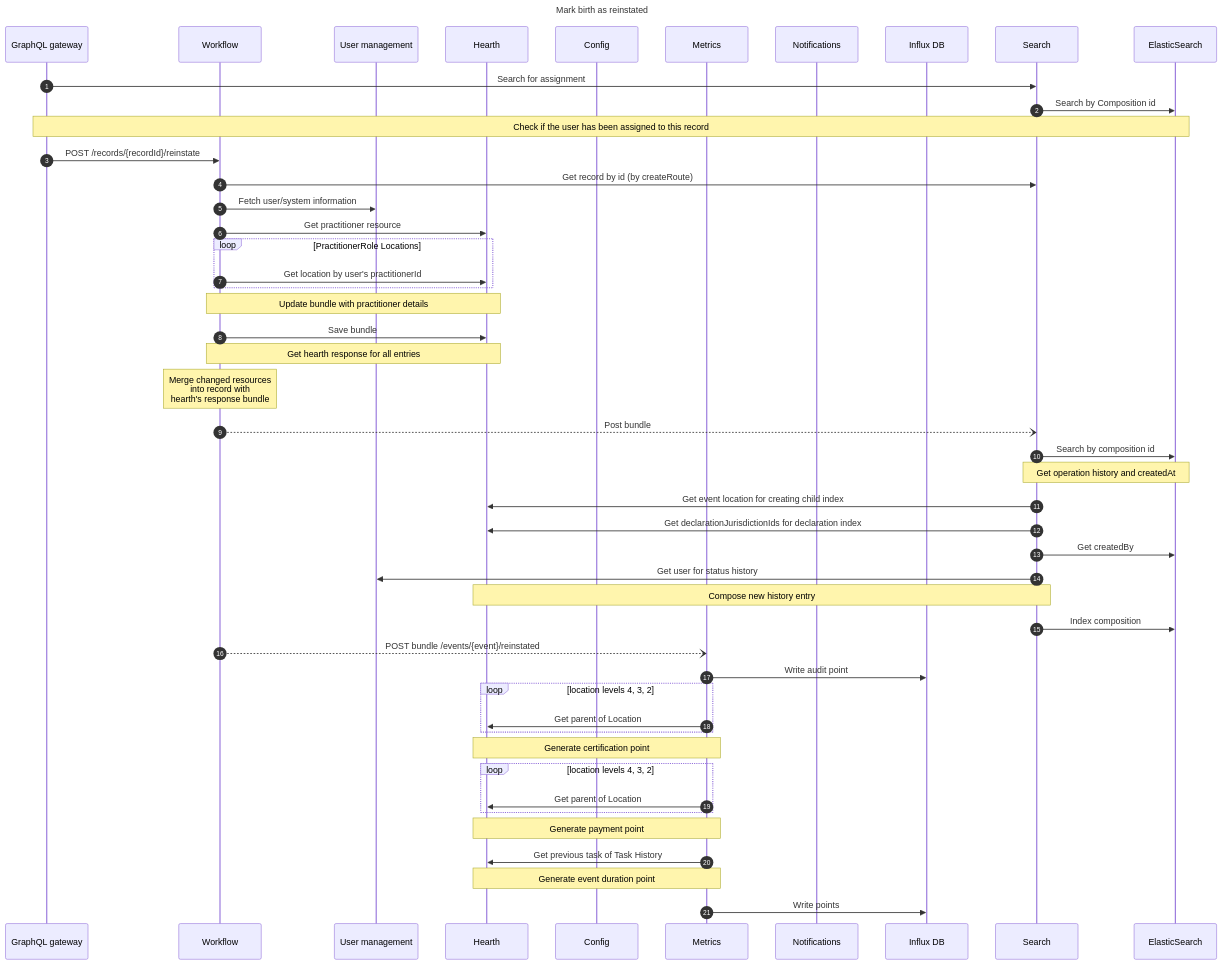
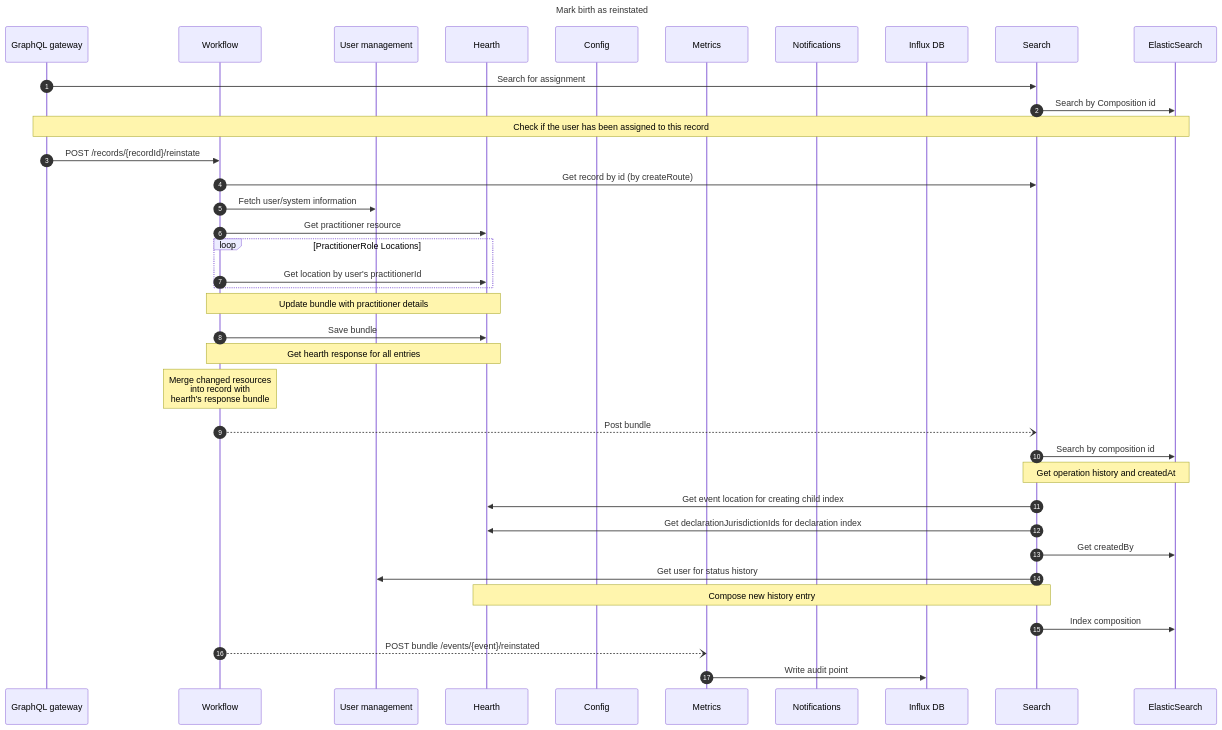
One commit to opencrvs/opencrvs-core changed the diagram in sequence-diagrams/backend/mark-birth-as-reinstated.md. Above: the diagram before and after it, drawn with Mermaid.

Commit message:
Amend reinstate diagram

````diff
--- a/sequence-diagrams/backend/mark-birth-as-reinstated.md
+++ b/sequence-diagrams/backend/mark-birth-as-reinstated.md
@@ -3,77 +3,61 @@
 ```mermaid
 ---
 title: Mark birth as reinstated
 ---
 
 sequenceDiagram
     autonumber
     participant GraphQL gateway
     participant Workflow
     participant User management
     participant Hearth
     participant Config
     participant Metrics
     participant Notifications
     participant Influx DB
     participant Search
     participant ElasticSearch
 
     GraphQL gateway->>Search: Search for assignment
     Search->>ElasticSearch: Search by Composition id
     Note over GraphQL gateway,ElasticSearch: Check if the user has been assigned to this record
 
     GraphQL gateway->>Workflow: POST /records/{recordId}/reinstate
     Workflow->>Search: Get record by id (by createRoute)
 
     Workflow->>User management: Fetch user/system information
     Workflow->>Hearth: Get practitioner resource
 
     loop PractitionerRole Locations
       Workflow->>Hearth: Get location by user's practitionerId
     end
     Note over Workflow,Hearth: Update bundle with practitioner details
 
     Workflow->>Hearth: Save bundle
     Note over Workflow,Hearth: Get hearth response for all entries
 
     Note over Workflow: Merge changed resources<br /> into record with <br /> hearth's response bundle
 
     Workflow--)Search: Post bundle
     %% upsertEvent
     Search->>ElasticSearch: Search by composition id
     Note over Search,ElasticSearch: Get operation history and createdAt
 
     %% createIndexBody
       %% createChildIndex
       %% addEventLocation
     Search->>Hearth: Get event location for creating child index
 
     %% createDeclarationIndex
     Search->>Hearth: Get declarationJurisdictionIds for declaration index
     Search->>ElasticSearch: Get createdBy
 
     %% createStatusHistory
     Search->>User management: Get user for status history
     Note over Search,Hearth: Compose new history entry
 
     Search->>ElasticSearch: Index composition
 
     Workflow--)Metrics: POST bundle /events/{event}/reinstated
-
     Metrics->>Influx DB: Write audit point
-
-    loop location levels 4, 3, 2
-        Metrics->>Hearth: Get parent of Location
-    end
-    Note over Metrics,Hearth: Generate certification point
-
-    loop location levels 4, 3, 2
-        Metrics->>Hearth: Get parent of Location
-    end
-    Note over Metrics,Hearth: Generate payment point
-
-    Metrics->>Hearth: Get previous task of Task History
-    Note over Metrics,Hearth: Generate event duration point
-
-    Metrics->>Influx DB: Write points
 ```
````
